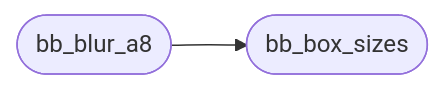
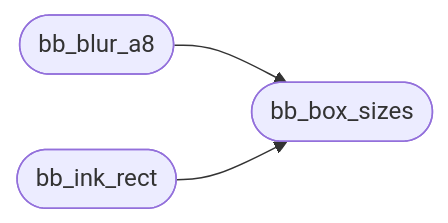
One commit to grisuno/FreeDom changed the diagram in readmenator-apidocs/modules/src.box_blur.c.md. Above: the diagram before and after it, drawn with Mermaid. The commit also changed other lines of this file and 194 other files, not shown here.

````diff
--- a/readmenator-apidocs/modules/src.box_blur.c.md
+++ b/readmenator-apidocs/modules/src.box_blur.c.md
@@ -13,6 +13,8 @@
 ```mermaid
 flowchart LR
     n_src_box_blur_c__bb_blur_a8(["bb_blur_a8"])
     n_src_box_blur_c__bb_box_sizes(["bb_box_sizes"])
+    n_src_box_blur_c__bb_ink_rect(["bb_ink_rect"])
     n_src_box_blur_c__bb_blur_a8 --> n_src_box_blur_c__bb_box_sizes
+    n_src_box_blur_c__bb_ink_rect --> n_src_box_blur_c__bb_box_sizes
 ```
````
